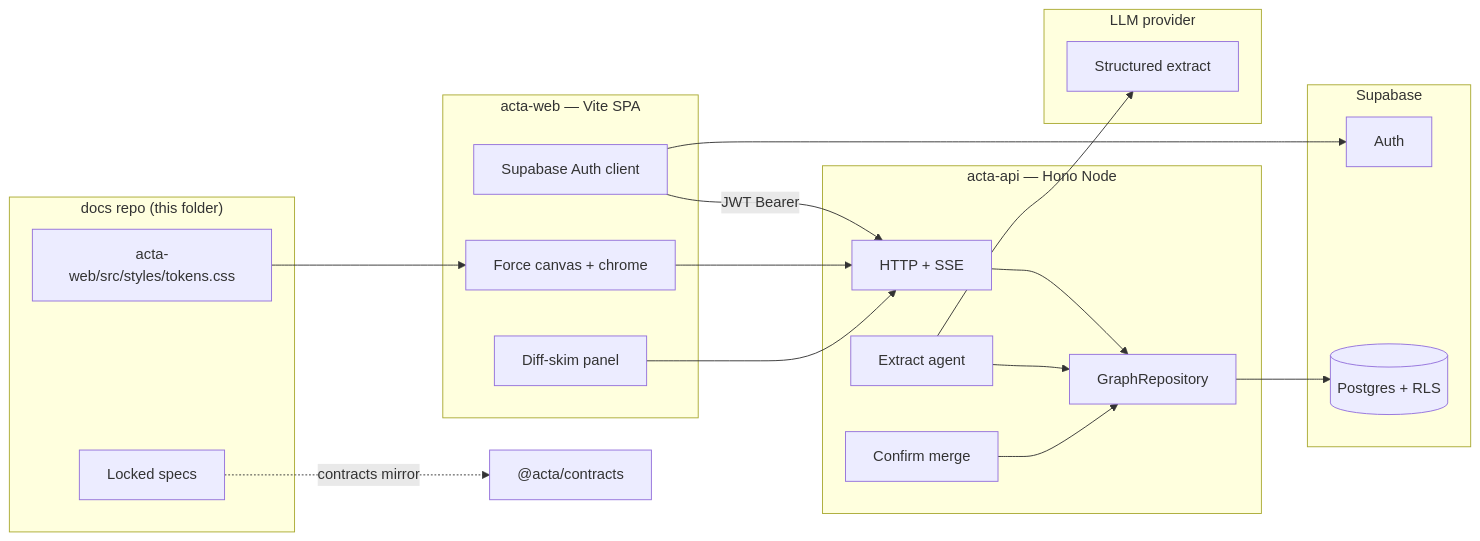
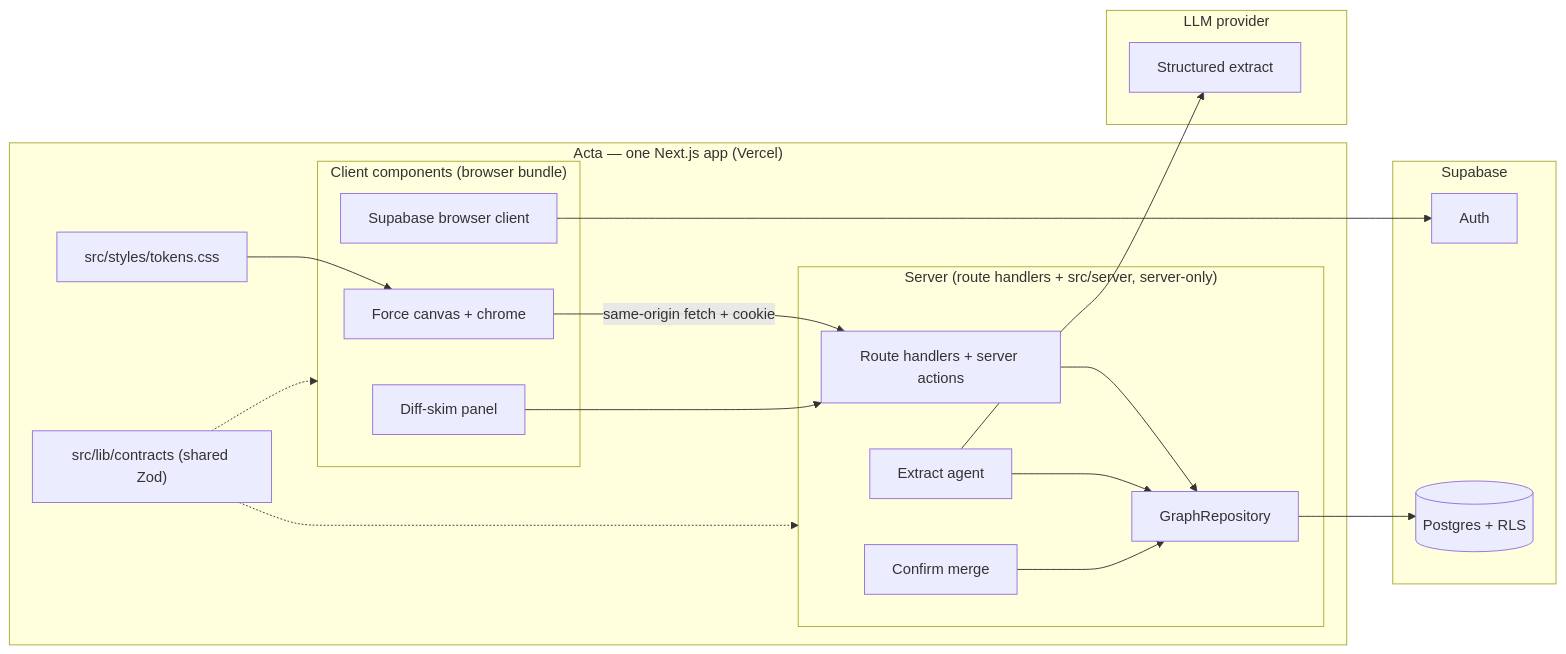
Before and after one commit to nolanqyee/Acta: the diagram in docs/technical-implementation-plan.md, drawn with Mermaid. The commit also changed other lines of this file and 46 other files, not shown here.

First line of the commit message:
Migrate to a single Next.js app (reverse Vite+Hono)

````diff
--- a/docs/technical-implementation-plan.md
+++ b/docs/technical-implementation-plan.md
@@ -75,41 +75,39 @@
 ```mermaid
 flowchart LR
-  subgraph docsRepo ["docs repo (this folder)"]
-    Specs[Locked specs]
-    Tokens[acta-web/src/styles/tokens.css]
-  end
-
-  subgraph fe ["acta-web — Vite SPA"]
-    AuthUI[Supabase Auth client]
-    GraphUI[Force canvas + chrome]
-    Skim[Diff-skim panel]
-  end
-
-  subgraph be ["acta-api — Hono Node"]
-    API[HTTP + SSE]
-    Extract[Extract agent]
-    Merge[Confirm merge]
-    Repo[GraphRepository]
+  subgraph app ["Acta — one Next.js app (Vercel)"]
+    subgraph client ["Client components (browser bundle)"]
+      GraphUI[Force canvas + chrome]
+      Skim[Diff-skim panel]
+      AuthUI[Supabase browser client]
+    end
+    subgraph server ["Server (route handlers + src/server, server-only)"]
+      API[Route handlers + server actions]
+      Extract[Extract agent]
+      Merge[Confirm merge]
+      Repo[GraphRepository]
+    end
+    Contracts["src/lib/contracts (shared Zod)"]
+    Tokens[src/styles/tokens.css]
   end
 
   subgraph cloud ["Supabase"]
     Auth[Auth]
     PG[(Postgres + RLS)]
   end
 
   subgraph llm ["LLM provider"]
     Model[Structured extract]
   end
 
-  Specs -.->|contracts mirror| Contracts["@acta/contracts"]
   Tokens --> GraphUI
-  AuthUI -->|JWT Bearer| API
-  GraphUI --> API
+  Contracts -.-> client
+  Contracts -.-> server
+  GraphUI -->|same-origin fetch + cookie| API
   Skim --> API
+  AuthUI --> Auth
   API --> Repo
   Repo --> PG
-  AuthUI --> Auth
   Extract --> Model
   Extract --> Repo
   Merge --> Repo
 ```
````
